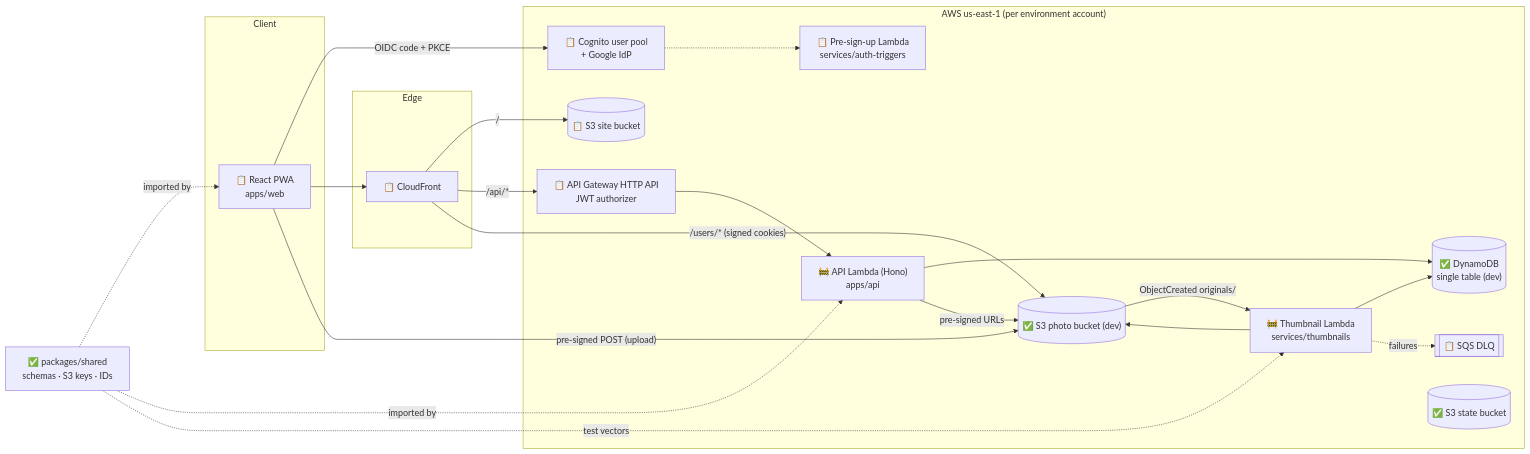
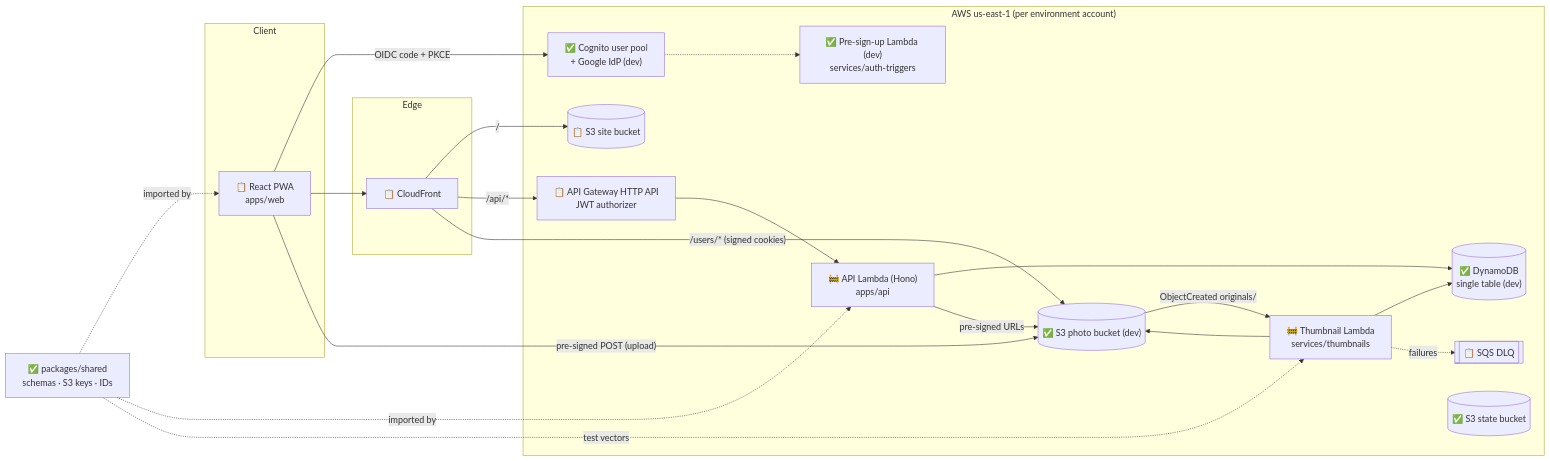
One commit to EdgarA28/Photo-app changed the first of 6 diagrams in ARCHITECTURE.md. Above: the diagram before and after it, drawn with Mermaid. The commit also changed other lines of this file and 17 other files, not shown here.

First line of the commit message:
Deploy pre sign-up trigger to dev (Phase 4.6)

````diff
--- a/ARCHITECTURE.md
+++ b/ARCHITECTURE.md
@@ -65,42 +65,42 @@
 ```mermaid
 flowchart LR
   subgraph Client
     PWA["📋 React PWA<br/>apps/web"]
   end
 
   subgraph Edge
     CF["📋 CloudFront"]
   end
 
   subgraph AWS["AWS us-east-1 (per environment account)"]
-    COG["📋 Cognito user pool<br/>+ Google IdP"]
-    TRIG["📋 Pre-sign-up Lambda<br/>services/auth-triggers"]
+    COG["✅ Cognito user pool<br/>+ Google IdP (dev)"]
+    TRIG["✅ Pre-sign-up Lambda (dev)<br/>services/auth-triggers"]
     APIGW["📋 API Gateway HTTP API<br/>JWT authorizer"]
     API["🚧 API Lambda (Hono)<br/>apps/api"]
     DDB[("✅ DynamoDB<br/>single table (dev)")]
     WEB[("📋 S3 site bucket")]
     S3[("✅ S3 photo bucket (dev)")]
     THUMB["🚧 Thumbnail Lambda<br/>services/thumbnails"]
     DLQ[["📋 SQS DLQ"]]
     STATE[("✅ S3 state bucket")]
   end
 
   SHARED["✅ packages/shared<br/>schemas · S3 keys · IDs"]
 
   PWA -- "OIDC code + PKCE" --> COG
   COG -.-> TRIG
   PWA --> CF
   CF -- "/" --> WEB
   CF -- "/api/*" --> APIGW --> API
   CF -- "/users/* (signed cookies)" --> S3
   API --> DDB
   API -- "pre-signed URLs" --> S3
   PWA -- "pre-signed POST (upload)" --> S3
   S3 -- "ObjectCreated originals/" --> THUMB
   THUMB --> S3
   THUMB --> DDB
   THUMB -. "failures" .-> DLQ
   SHARED -. "imported by" .-> PWA
   SHARED -. "imported by" .-> API
   SHARED -. "test vectors" .-> THUMB
 ```
````
